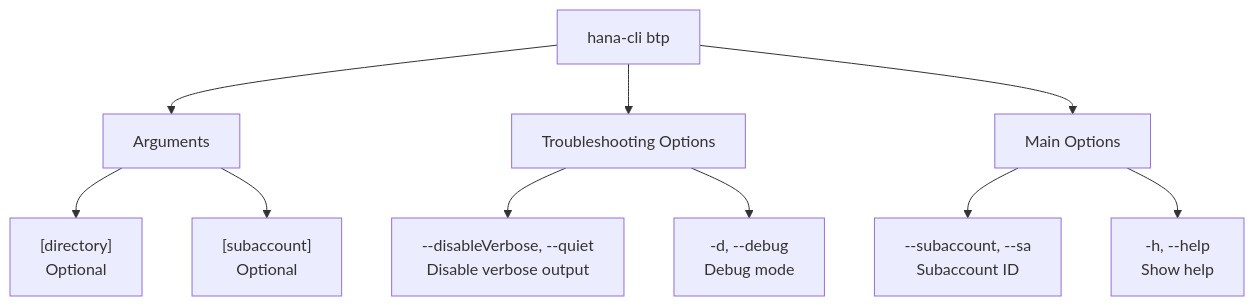
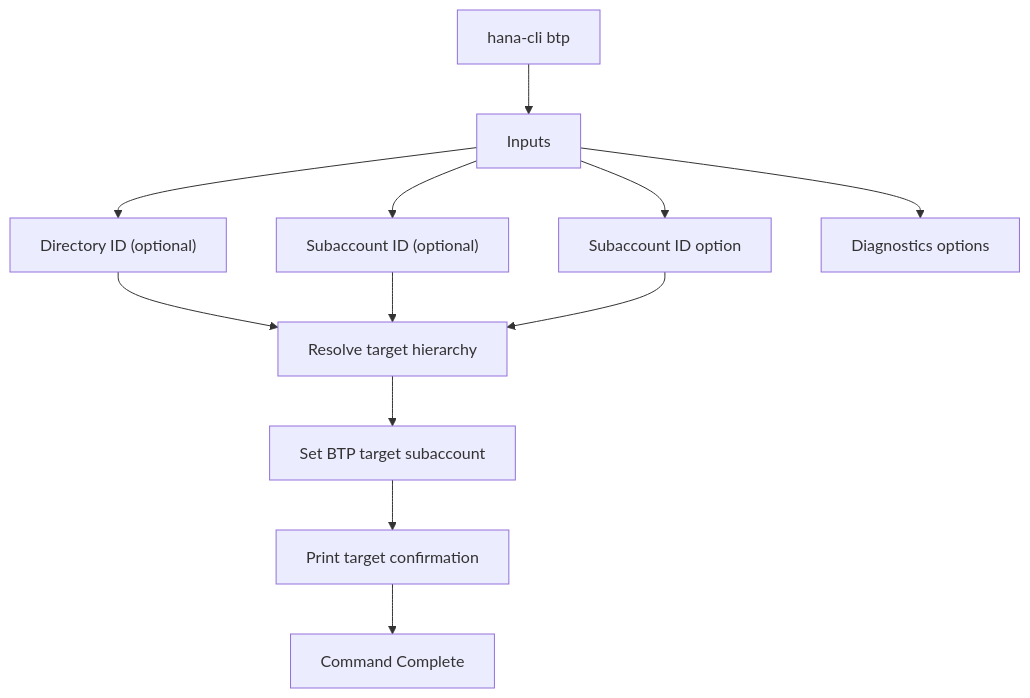
Before and after one commit to SAP-samples/hana-developer-cli-tool-example: the diagram in docs/02-commands/btp-integration/btp.md, drawn with Mermaid. The commit also changed other lines of this file and 5 other files, not shown here.

Commit message:
feat: standardize command names and enhance documentation for BTP integration commands

````diff
--- a/docs/02-commands/btp-integration/btp.md
+++ b/docs/02-commands/btp-integration/btp.md
@@ -25,15 +25,25 @@
 ```mermaid
-graph TD
-    A["hana-cli btp"] --> B["Arguments"]
-    A --> C["Troubleshooting Options"]
-    A --> D["Main Options"]
-    
-    B --> B1["[directory]<br/>Optional"]
-    B --> B2["[subaccount]<br/>Optional"]
-    
-    C --> C1["--disableVerbose, --quiet<br/>Disable verbose output"]
-    C --> C2["-d, --debug<br/>Debug mode"]
-    
-    D --> D1["--subaccount, --sa<br/>Subaccount ID"]
-    D --> D2["-h, --help<br/>Show help"]
+flowchart TD
+    Start["hana-cli btp"]
+    Inputs["Inputs"]
+    Dir["Directory ID (optional)"]
+    SubArg["Subaccount ID (optional)"]
+    SubOpt["Subaccount ID option"]
+    Debug["Diagnostics options"]
+    Resolve["Resolve target hierarchy"]
+    Target["Set BTP target subaccount"]
+    Output["Print target confirmation"]
+    Complete["Command Complete"]
+
+    Start --> Inputs
+    Inputs --> Dir
+    Inputs --> SubArg
+    Inputs --> SubOpt
+    Inputs --> Debug
+    Dir --> Resolve
+    SubArg --> Resolve
+    SubOpt --> Resolve
+    Resolve --> Target
+    Target --> Output
+    Output --> Complete
 ```
````
